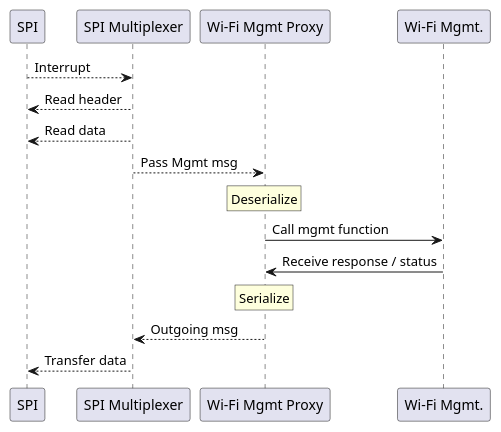
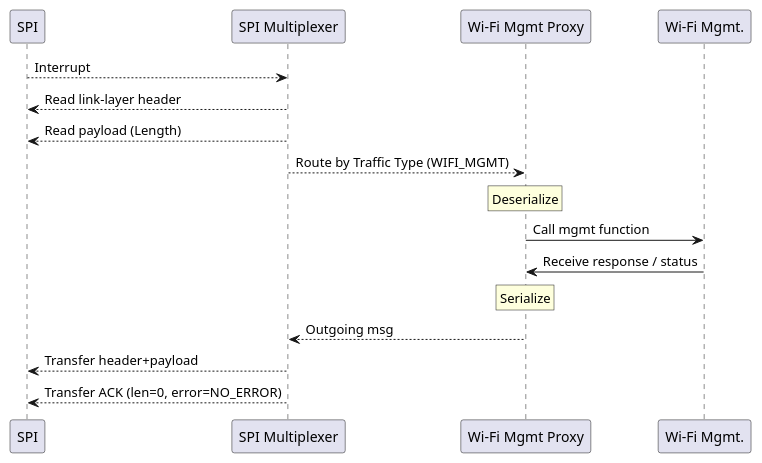
One commit to mjaakkol/embedded80211_serial changed the diagram in docs/receive_flow.puml. Above: the diagram before and after it, drawn with PlantUML. The commit also changed 5 other files, not shown here.

Commit message:
updated diagrams

```diff
--- a/docs/receive_flow.puml
+++ b/docs/receive_flow.puml
@@ -1,16 +1,17 @@
-@startuml
+@startuml receive_flow
 participant SPI
 participant SPIM as "SPI Multiplexer"
 participant Proxy as "Wi-Fi Mgmt Proxy"
 participant WiFiM as "Wi-Fi Mgmt."
 SPI --> SPIM: Interrupt
-SPI <-- SPIM: Read header
-SPI <-- SPIM: Read data
-SPIM --> Proxy: Pass Mgmt msg
+SPI <-- SPIM: Read link-layer header
+SPI <-- SPIM: Read payload (Length)
+SPIM --> Proxy: Route by Traffic Type (WIFI_MGMT)
 rnote over Proxy: Deserialize
 Proxy -> WiFiM: Call mgmt function
 Proxy <- WiFiM: Receive response / status
 rnote over Proxy: Serialize
 Proxy --> SPIM: Outgoing msg
-SPIM --> SPI: Transfer data
+SPIM --> SPI: Transfer header+payload
+SPIM --> SPI: Transfer ACK (len=0, error=NO_ERROR)
 @enduml
```
